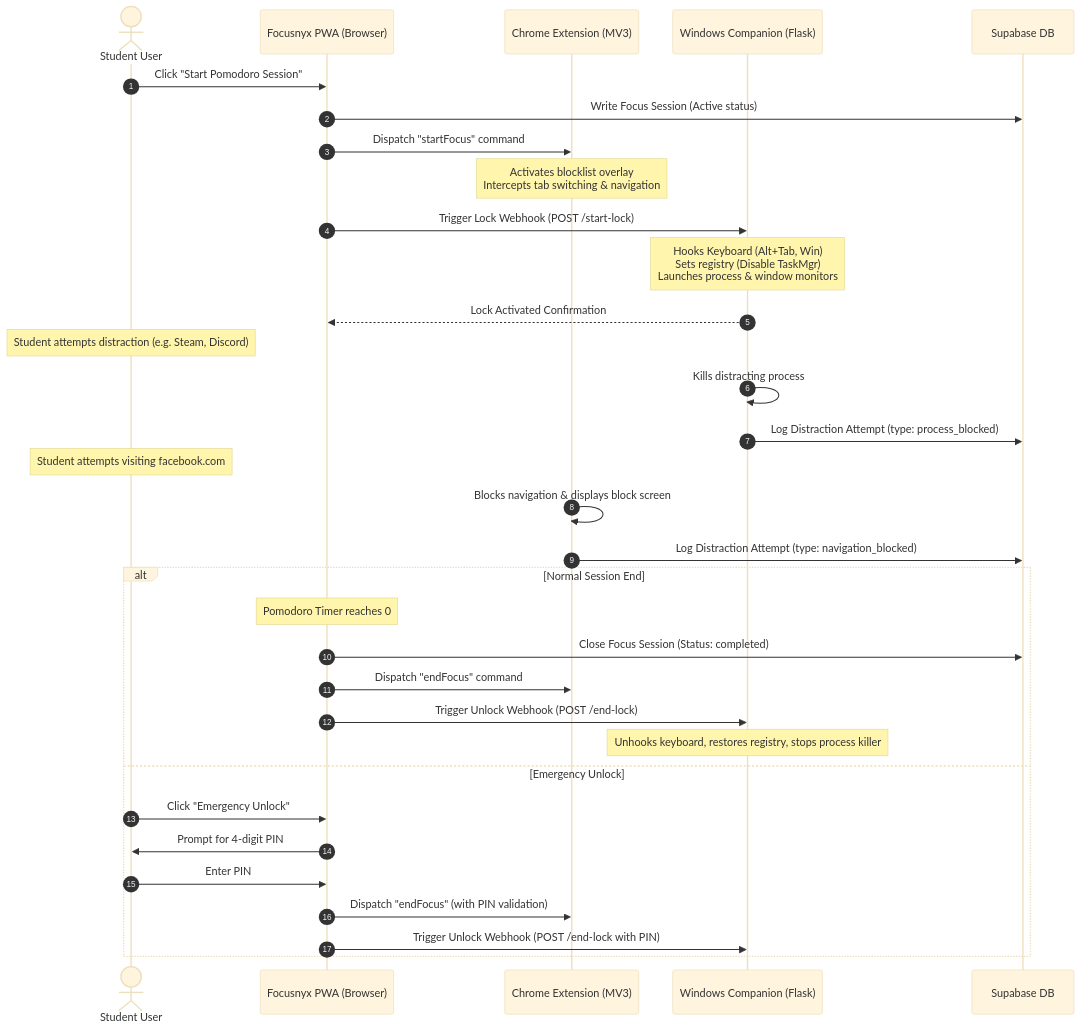
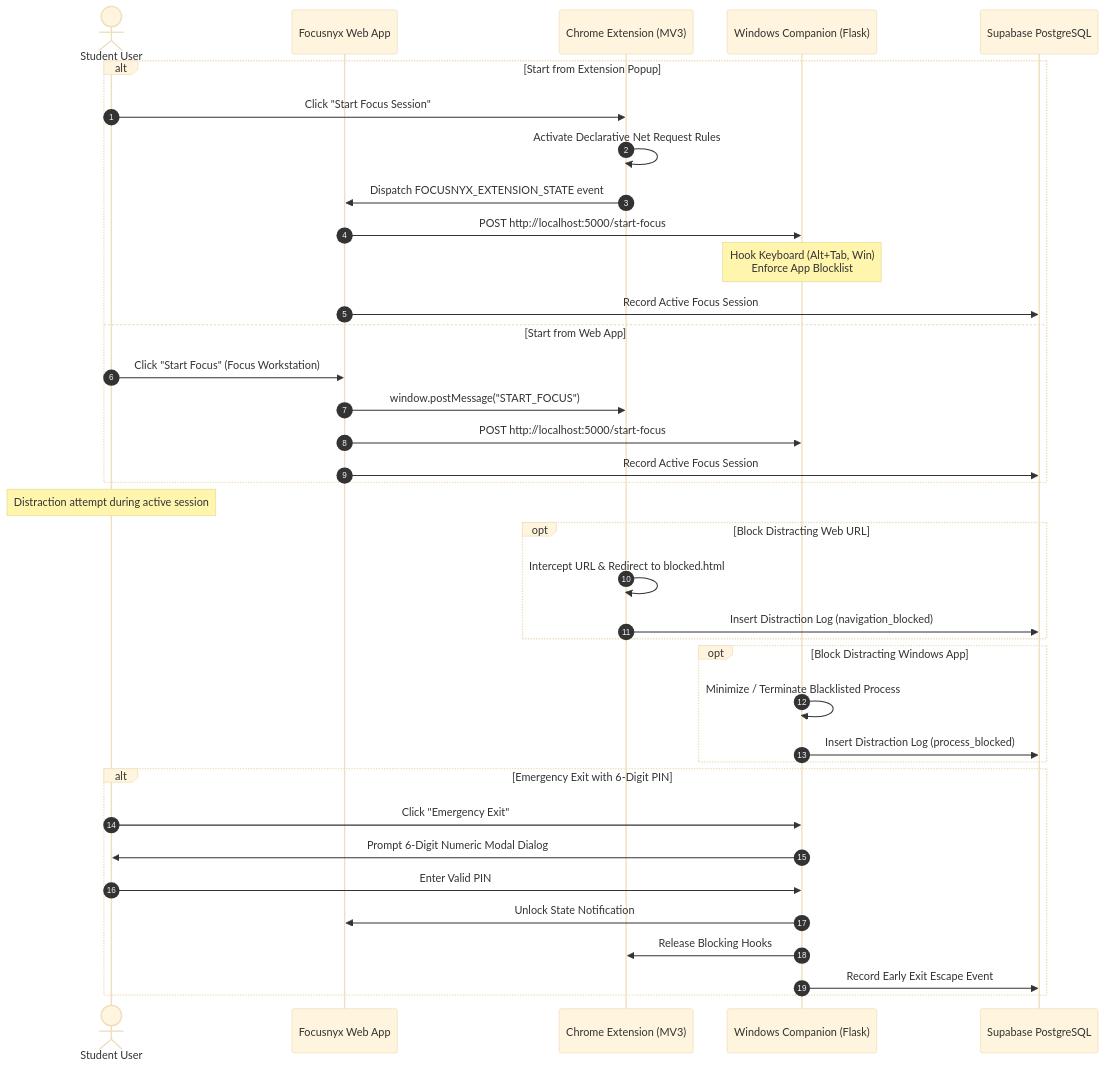
Before and after one commit to mhjayeed715/Focusnyx: the second of 2 diagrams in README.md, drawn with Mermaid (base theme). The commit also changed other lines of this file, not shown here.

````diff
--- a/README.md
+++ b/README.md
@@ -172,39 +174,42 @@
 ```mermaid
 sequenceDiagram
     autonumber
     actor Student as Student User
-    participant PWA as Focusnyx PWA (Browser)
+    participant PWA as Focusnyx Web App
     participant Ext as Chrome Extension (MV3)
     participant Comp as Windows Companion (Flask)
-    participant DB as Supabase DB
+    participant DB as Supabase PostgreSQL
 
-    Student->>PWA: Click "Start Pomodoro Session"
-    PWA->>DB: Write Focus Session (Active status)
-    PWA->>Ext: Dispatch "startFocus" command
-    Note over Ext: Activates blocklist overlay<br/>Intercepts tab switching & navigation
-    PWA->>Comp: Trigger Lock Webhook (POST /start-lock)
-    Note over Comp: Hooks Keyboard (Alt+Tab, Win)<br/>Sets registry (Disable TaskMgr)<br/>Launches process & window monitors
-    Comp-->>PWA: Lock Activated Confirmation
-    
-    Note over Student: Student attempts distraction (e.g. Steam, Discord)
-    Comp->>Comp: Kills distracting process
-    Comp->>DB: Log Distraction Attempt (type: process_blocked)
+    alt Start from Extension Popup
+        Student->>Ext: Click "Start Focus Session"
+        Ext->>Ext: Activate Declarative Net Request Rules
+        Ext->>PWA: Dispatch FOCUSNYX_EXTENSION_STATE event
+        PWA->>Comp: POST http://localhost:5000/start-focus
+        Note over Comp: Hook Keyboard (Alt+Tab, Win)<br/>Enforce App Blocklist
+        PWA->>DB: Record Active Focus Session
+    else Start from Web App
+        Student->>PWA: Click "Start Focus" (Focus Workstation)
+        PWA->>Ext: window.postMessage("START_FOCUS")
+        PWA->>Comp: POST http://localhost:5000/start-focus
+        PWA->>DB: Record Active Focus Session
+    end
 
-    Note over Student: Student attempts visiting facebook.com
-    Ext->>Ext: Blocks navigation & displays block screen
-    Ext->>DB: Log Distraction Attempt (type: navigation_blocked)
+    Note over Student: Distraction attempt during active session
+    opt Block Distracting Web URL
+        Ext->>Ext: Intercept URL & Redirect to blocked.html
+        Ext->>DB: Insert Distraction Log (navigation_blocked)
+    end
+    opt Block Distracting Windows App
+        Comp->>Comp: Minimize / Terminate Blacklisted Process
+        Comp->>DB: Insert Distraction Log (process_blocked)
+    end
 
-    alt Normal Session End
-        Note over PWA: Pomodoro Timer reaches 0
-        PWA->>DB: Close Focus Session (Status: completed)
-        PWA->>Ext: Dispatch "endFocus" command
-        PWA->>Comp: Trigger Unlock Webhook (POST /end-lock)
-        Note over Comp: Unhooks keyboard, restores registry, stops process killer
-    else Emergency Unlock
-        Student->>PWA: Click "Emergency Unlock"
-        PWA->>Student: Prompt for 4-digit PIN
-        Student->>PWA: Enter PIN
-        PWA->>Ext: Dispatch "endFocus" (with PIN validation)
-        PWA->>Comp: Trigger Unlock Webhook (POST /end-lock with PIN)
+    alt Emergency Exit with 6-Digit PIN
+        Student->>Comp: Click "Emergency Exit"
+        Comp->>Student: Prompt 6-Digit Numeric Modal Dialog
+        Student->>Comp: Enter Valid PIN
+        Comp->>PWA: Unlock State Notification
+        Comp->>Ext: Release Blocking Hooks
+        Comp->>DB: Record Early Exit Escape Event
     end
 ```
````
